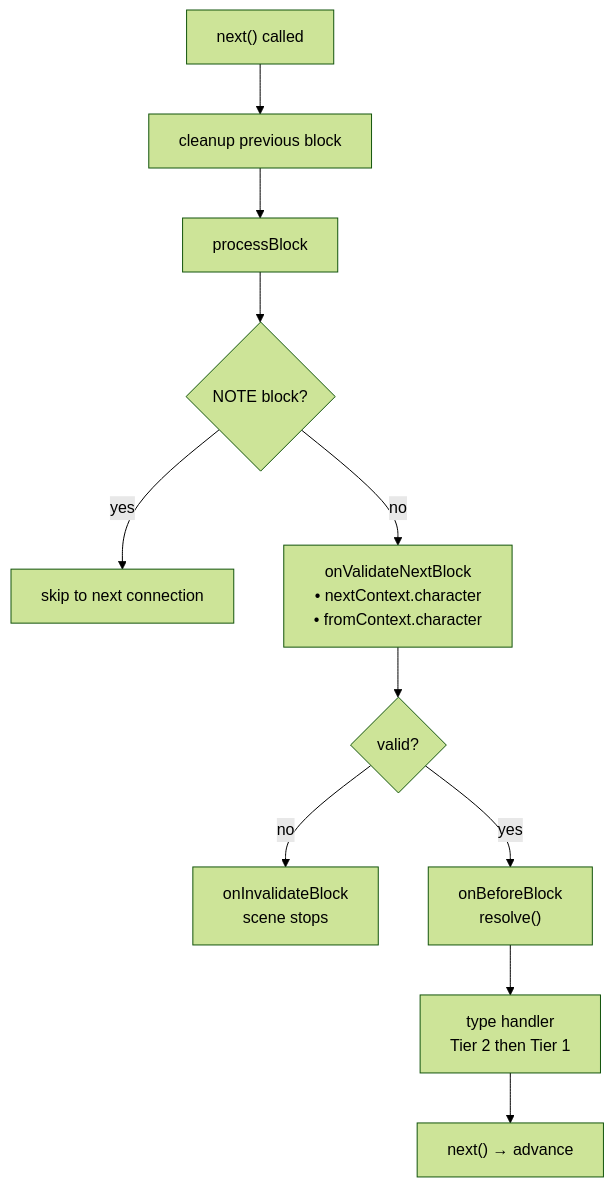
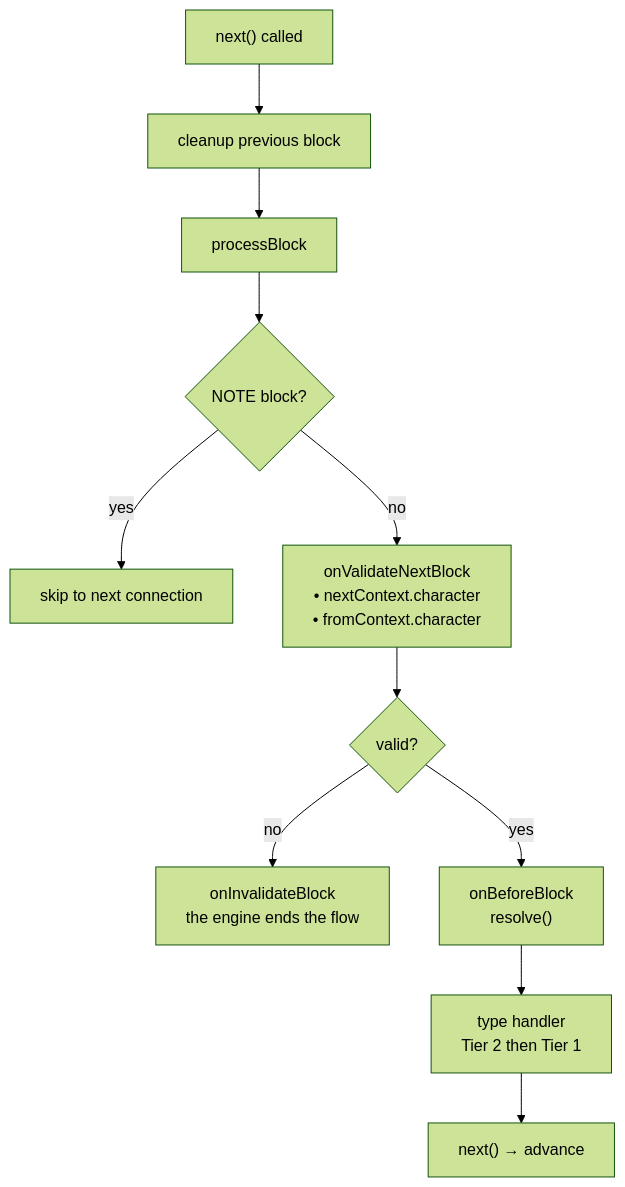
The first of 2 diagrams in lsde-ts/docs/fr/guide/lifecycle.md (jonlepage/LS-Dialog-Editor-Engine), drawn with Mermaid (forest theme) before and after one commit. The commit also changed other lines of this file and 23 other files, not shown here.

````diff
--- a/lsde-ts/docs/fr/guide/lifecycle.md
+++ b/lsde-ts/docs/fr/guide/lifecycle.md
@@ -82,13 +82,13 @@
 ```mermaid
 flowchart TD
     A["next() called"] --> B["cleanup previous block"]
     B --> C[processBlock]
     C --> D{NOTE block?}
     D -- yes --> E[skip to next connection]
     D -- no --> F["onValidateNextBlock\n• nextContext.character\n• fromContext.character"]
     F --> G{valid?}
-    G -- no --> H[onInvalidateBlock\nscene stops]
+    G -- no --> H["onInvalidateBlock\nthe engine ends the flow"]
     G -- yes --> I["onBeforeBlock\nresolve()"]
     I --> J[type handler\nTier 2 then Tier 1]
     J --> K["next() → advance"]
 ```
````
